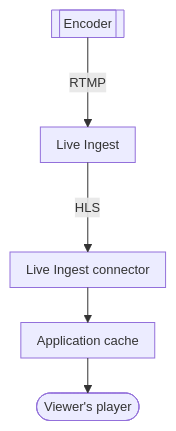
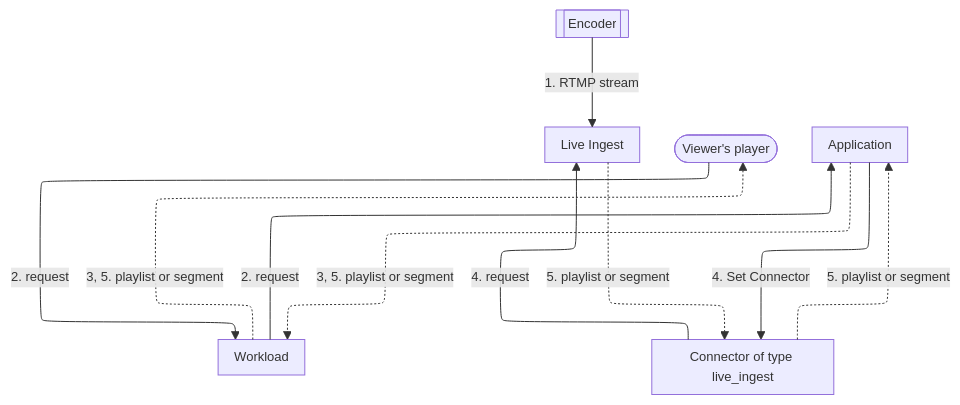
The diagram in apps/docs/src/content/docs/en/pages/secure/live-ingest/ingestion-and-delivery.mdx (aziontech/docs), drawn with Mermaid before and after one commit. The commit also changed other lines of this file and 83 other files, not shown here.

````diff
--- a/apps/docs/src/content/docs/en/pages/secure/live-ingest/ingestion-and-delivery.mdx
+++ b/apps/docs/src/content/docs/en/pages/secure/live-ingest/ingestion-and-delivery.mdx
@@ -58,8 +60,19 @@
 ```mermaid
-%%{init: {"layout": "elk", "themeVariables": {"fontSize": "13px"}, "flowchart": {"nodeSpacing": 24, "rankSpacing": 36, "padding": 8, "wrappingWidth": 150, "useMaxWidth": true}, "sequence": {"width": 120, "actorMargin": 30, "useMaxWidth": true}}}%%
+%%{init: {"layout": "elk", "elk": {"cycleBreakingStrategy": "MODEL_ORDER"}, "themeVariables": {"fontSize": "13px"}, "flowchart": {"nodeSpacing": 24, "rankSpacing": 36, "padding": 8, "wrappingWidth": 150, "useMaxWidth": true}, "sequence": {"width": 120, "actorMargin": 30, "useMaxWidth": true}}}%%
 flowchart TD
-  Enc[["Encoder"]] -->|"RTMP"| LI["Live Ingest"]
-  LI -->|"HLS"| Conn["Live Ingest connector"]
-  Conn --> App["Application cache"]
-  App --> Player(["Viewer's player"])
+  Enc[["Encoder"]]
+  LI["Live Ingest"]
+  Player(["Viewer's player"])
+  WL["Workload"]
+  App["Application"]
+  Conn["Connector of type live_ingest"]
+  Enc -->|"1. RTMP stream"| LI
+  Player -->|"2. request"| WL
+  WL -->|"2. request"| App
+  App -->|"4. Set Connector"| Conn
+  Conn -->|"4. request"| LI
+  LI -.->|"5. playlist or segment"| Conn
+  Conn -.->|"5. playlist or segment"| App
+  App -.->|"3, 5. playlist or segment"| WL
+  WL -.->|"3, 5. playlist or segment"| Player
 ```
````
